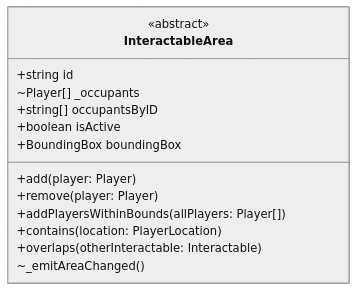
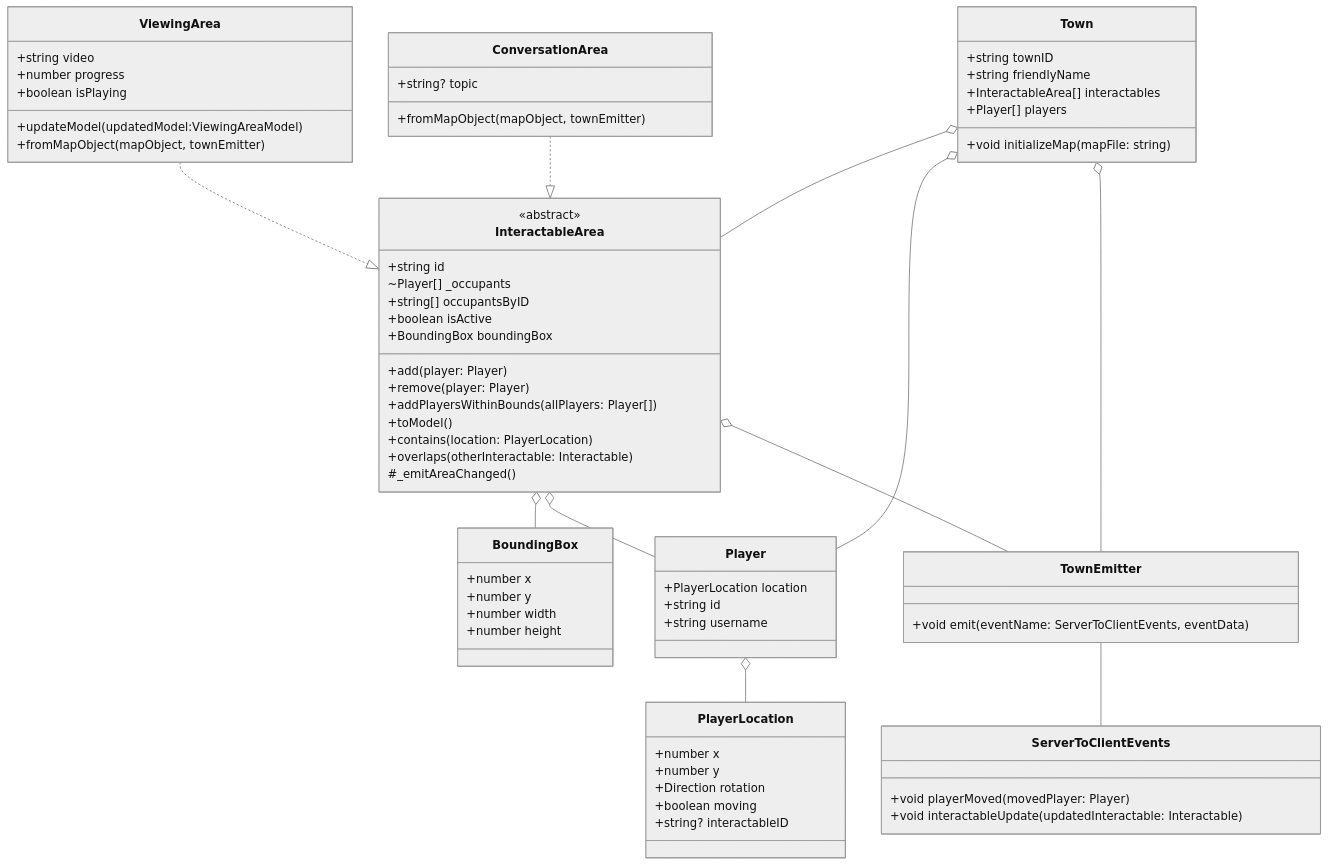
One commit to neu-se/CS4530-Fall-2022 changed the diagram in Assignments/ip1/ip1.md. Above: the diagram before and after it, drawn with Mermaid (neutral theme). The commit also changed other lines of this file and 4 other files, not shown here.

````diff
--- a/Assignments/ip1/ip1.md
+++ b/Assignments/ip1/ip1.md
@@ -34,17 +52,73 @@
 ```mermaid!
 classDiagram
 class InteractableArea {
     <<abstract>>
     +string id
     ~Player[] _occupants
     +string[] occupantsByID
     +boolean isActive
     +BoundingBox boundingBox
     +add(player: Player)
     +remove(player: Player)
     +addPlayersWithinBounds(allPlayers: Player[])
+    +toModel()
     +contains(location: PlayerLocation)
     +overlaps(otherInteractable: Interactable)
-    ~_emitAreaChanged()
+    #_emitAreaChanged()
 }
+
+class ViewingArea {
+    +string video
+    +number progress
+    +boolean isPlaying
+    +updateModel(updatedModel:ViewingAreaModel)
+    +fromMapObject(mapObject, townEmitter)
+}
+
+class ConversationArea {
+    +string? topic
+    +fromMapObject(mapObject, townEmitter)
+}
+class BoundingBox {
+    +number x
+    +number y
+    +number width
+    +number height
+}
+class Player {
+    +PlayerLocation location
+    +string id
+    +string username
+}
+class PlayerLocation {
+    +number x
+    +number y
+    +Direction rotation
+    +boolean moving
+    +string? interactableID
+}
+class Town {
+    +string townID
+    +string friendlyName
+    +InteractableArea[] interactables
+    +Player[] players
+    +void initializeMap(mapFile: string)
+}
+class TownEmitter {
+    +void emit(eventName: ServerToClientEvents, eventData)
+}
+class ServerToClientEvents {
+    +void playerMoved(movedPlayer: Player)
+    +void interactableUpdate(updatedInteractable: Interactable)
+}
+ViewingArea ..|> InteractableArea
+ConversationArea ..|> InteractableArea
+InteractableArea o-- BoundingBox
+InteractableArea o-- Player
+InteractableArea o-- TownEmitter
+Player o-- PlayerLocation
+Town o-- Player
+Town o-- InteractableArea
+Town o-- TownEmitter
+TownEmitter -- ServerToClientEvents
 ```
````
